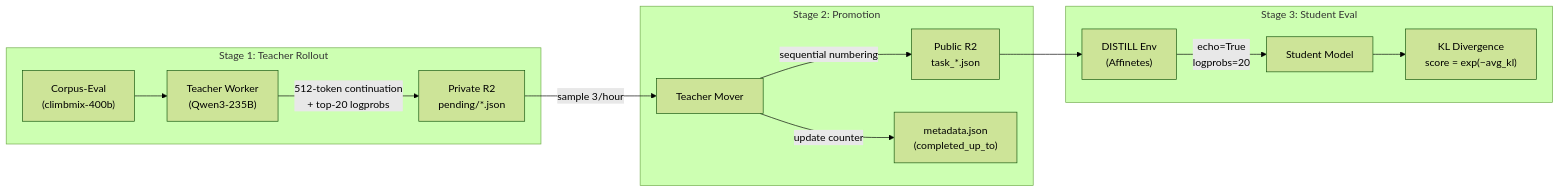
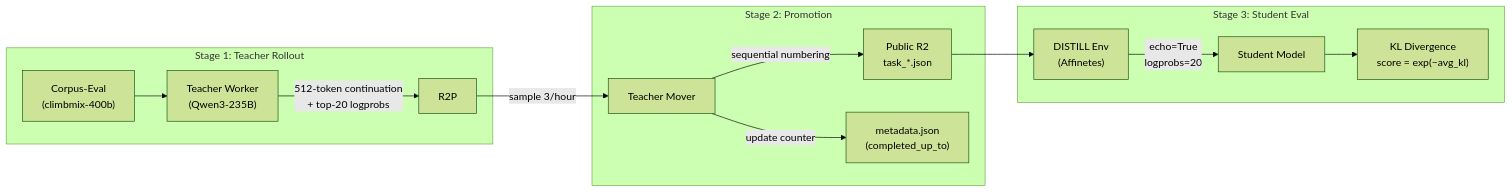
One commit to Tobias10086/whitepaper changed the fourth of 4 diagrams in draft.md. Above: the diagram before and after it, drawn with Mermaid (forest theme). The commit also changed other lines of this file, not shown here.

````diff
--- a/draft.md
+++ b/draft.md
@@ -829,19 +814,19 @@
 ```mermaid
 flowchart LR
     subgraph Stage1["Stage 1: Teacher Rollout"]
         CE["Corpus-Eval\n(climbmix-400b)"] --> TW["Teacher Worker\n(Qwen3-235B)"]
-        TW -->|"512-token continuation\n+ top-20 logprobs"| R2P["Private R2\npending/*.json"]
+        TW -->|"512-token continuation\n+ top-20 logprobs"| R2P
     end
 
     subgraph Stage2["Stage 2: Promotion"]
         R2P -->|"sample 3/hour"| TM["Teacher Mover"]
         TM -->|"sequential numbering"| R2["Public R2\ntask_*.json"]
         TM -->|"update counter"| META["metadata.json\n(completed_up_to)"]
     end
 
     subgraph Stage3["Stage 3: Student Eval"]
         R2 --> DIST["DISTILL Env\n(Affinetes)"]
         DIST -->|"echo=True\nlogprobs=20"| STU["Student Model"]
         STU --> KL["KL Divergence\nscore = exp(−avg_kl)"]
     end
 ```
````
